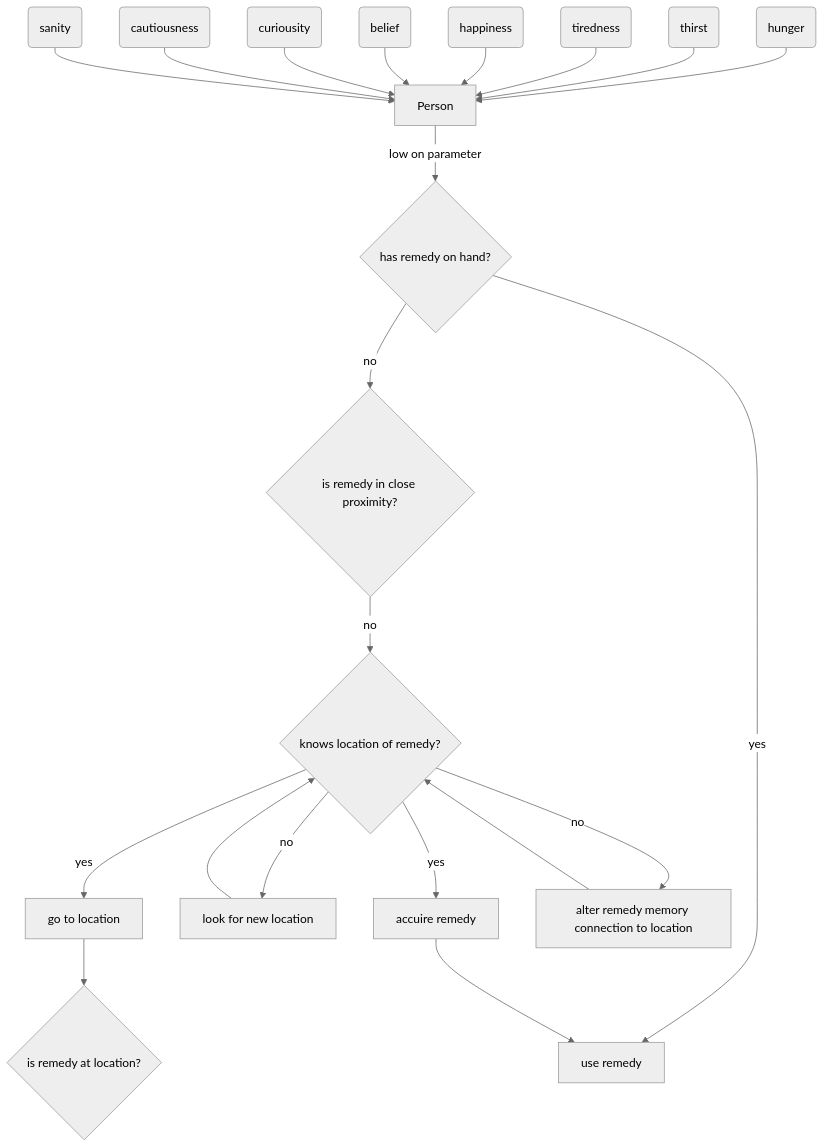
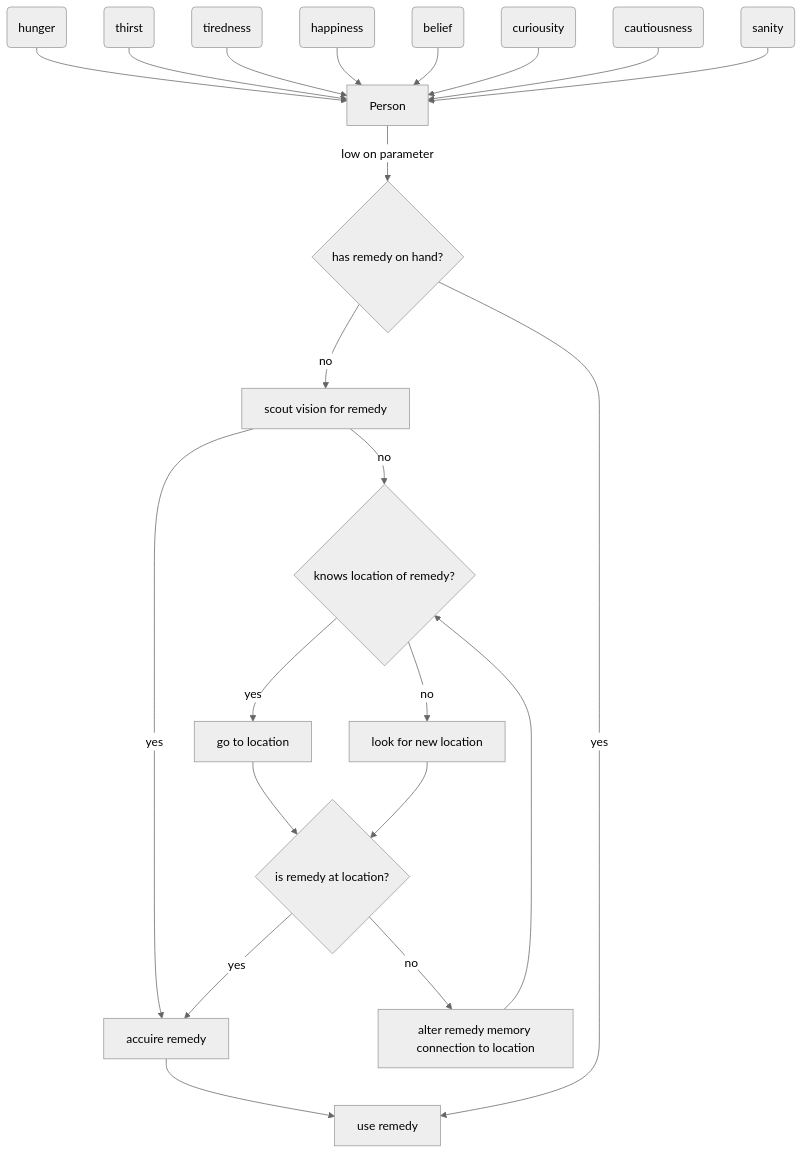
Before and after one commit to kire97/city_lator: the first of 2 diagrams in README.md, drawn with Mermaid (neutral theme).

````diff
--- a/README.md
+++ b/README.md
@@ -27,28 +27,29 @@
 ```mermaid
 graph TD
     P[Person]
     p1(hunger)-->P
     p2(thirst)-->P
     p3(tiredness)-->P
     p4(happiness)-->P
     p5(belief)-->P
     p6(curiousity)-->P
     p7(cautiousness)-->P
     p8(sanity)-->P
 
     P--low on parameter-->o1{has remedy on hand?}
-    o1--no -->o2{is remedy in close proximity?}
+    o1--no -->o2[scout vision for remedy]
+    o2--yes -->a3
 
     o1--yes -->a1[use remedy]
     
     o2--no -->o3{knows location of remedy?}
     o3--yes -->a2[go to location]
     o3--no -->a4[look for new location]
-    a4-->o3
+    a4-->o4
 
     a2-->o4{is remedy at location?}
-    o3--yes -->a3[accuire remedy]
-    o3--no -->a5[alter remedy memory connection to location]
+    o4--yes -->a3[accuire remedy]
+    o4--no -->a5[alter remedy memory connection to location]
     a5-->o3
     a3-->a1
 ```
````
